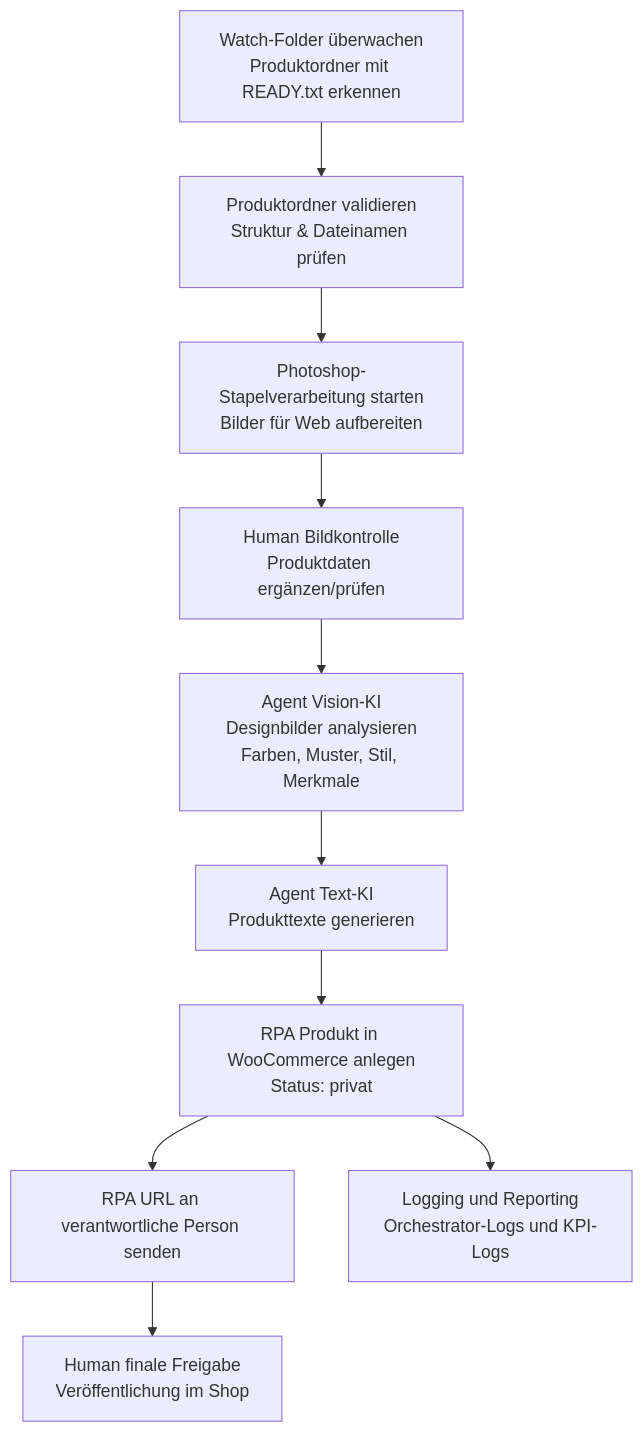
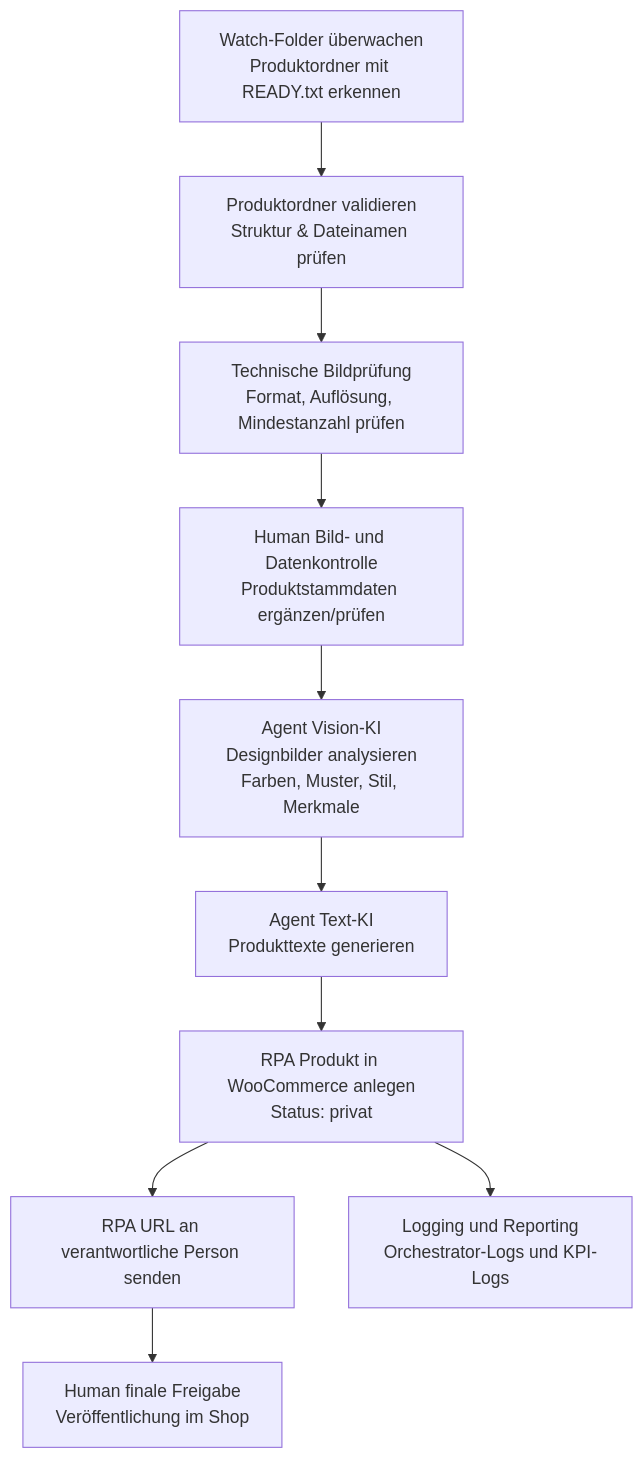
The diagram in knowledge/usecases/uc-003-textile-design-classification/analysis.md (reetss/uipath-kb), drawn with Mermaid before and after one commit. The commit also changed other lines of this file and 1 other file, not shown here.

````diff
--- a/knowledge/usecases/uc-003-textile-design-classification/analysis.md
+++ b/knowledge/usecases/uc-003-textile-design-classification/analysis.md
@@ -74,23 +74,23 @@
 ```mermaid
 graph TD;
   A[Watch-Folder überwachen<br/>Produktordner mit READY.txt erkennen];
   B[Produktordner validieren<br/>Struktur & Dateinamen prüfen];
-  C[Photoshop-Stapelverarbeitung starten<br/>Bilder für Web aufbereiten];
-  D[Human Bildkontrolle<br/>Produktdaten ergänzen/prüfen];
+  C[Technische Bildprüfung<br/>Format, Auflösung, Mindestanzahl prüfen];
+  D[Human Bild- und Datenkontrolle<br/>Produktstammdaten ergänzen/prüfen];
   E[Agent Vision-KI<br/>Designbilder analysieren<br/>Farben, Muster, Stil, Merkmale];
   F[Agent Text-KI<br/>Produkttexte generieren];
   G[RPA Produkt in WooCommerce anlegen<br/>Status: privat];
   H[RPA URL an verantwortliche Person senden];
   I[Human finale Freigabe<br/>Veröffentlichung im Shop];
   K[Logging und Reporting<br/>Orchestrator-Logs und KPI-Logs];
 
   A --> B;
   B --> C;
   C --> D;
   D --> E;
   E --> F;
   F --> G;
   G --> H;
   G --> K;
   H --> I;
 ```
````
